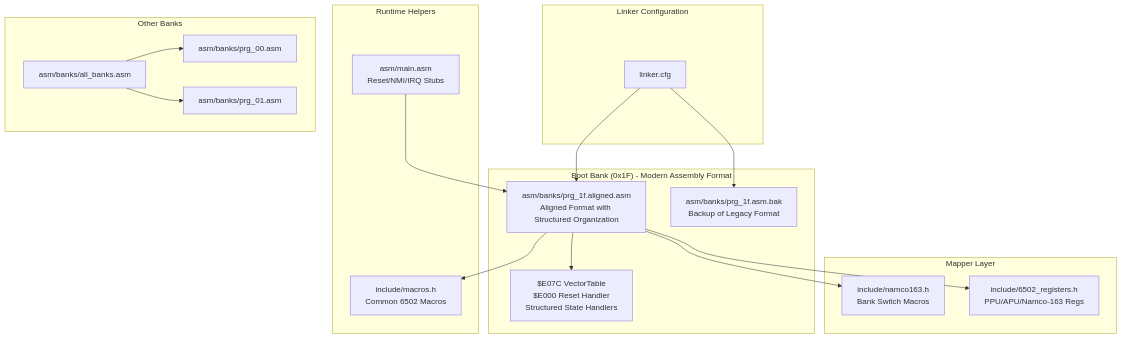
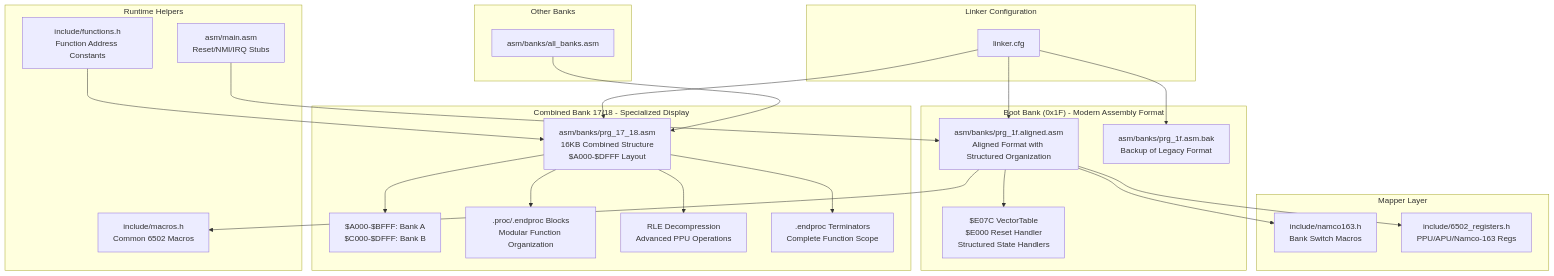
One commit to rabbyzero/sango2dasm changed the first of 10 diagrams in .qoder/repowiki/en/content/Assembly Architecture/Assembly Architecture.md. Above: the diagram before and after it, drawn with Mermaid. The commit also changed other lines of this file and 20 other files, not shown here.

````diff
--- a/.qoder/repowiki/en/content/Assembly Architecture/Assembly Architecture.md
+++ b/.qoder/repowiki/en/content/Assembly Architecture/Assembly Architecture.md
@@ -53,33 +51,44 @@
 ```mermaid
 graph TB
 subgraph "Linker Configuration"
 LCFG["linker.cfg"]
 end
 subgraph "Boot Bank (0x1F) - Modern Assembly Format"
 ALIGNED["asm/banks/prg_1f.aligned.asm<br/>Aligned Format with Structured Organization"]
 BACKUP["asm/banks/prg_1f.asm.bak<br/>Backup of Legacy Format"]
 VTABLE["$E07C VectorTable<br/>$E000 Reset Handler<br/>Structured State Handlers"]
 end
+subgraph "Combined Bank 17/18 - Specialized Display"
+COMBINED["asm/banks/prg_17_18.asm<br/>16KB Combined Structure<br/>$A000-$DFFF Layout"]
+DISPLAY["$A000-$BFFF: Bank A<br/>$C000-$DFFF: Bank B"]
+PROC[".proc/.endproc Blocks<br/>Modular Function Organization"]
+RLE["RLE Decompression<br/>Advanced PPU Operations"]
+ENDPROC[".endproc Terminators<br/>Complete Function Scope"]
+end
 subgraph "Mapper Layer"
 NAMCO["include/namco163.h<br/>Bank Switch Macros"]
 REGS["include/6502_registers.h<br/>PPU/APU/Namco-163 Regs"]
 end
 subgraph "Runtime Helpers"
 MACROS["include/macros.h<br/>Common 6502 Macros"]
 MAIN["asm/main.asm<br/>Reset/NMI/IRQ Stubs"]
+FUNCTIONS["include/functions.h<br/>Function Address Constants"]
 end
 subgraph "Other Banks"
 ALLB["asm/banks/all_banks.asm"]
-B00["asm/banks/prg_00.asm"]
-B01["asm/banks/prg_01.asm"]
 end
 LCFG --> ALIGNED
+LCFG --> COMBINED
 LCFG --> BACKUP
 MAIN --> ALIGNED
 ALIGNED --> VTABLE
 ALIGNED --> NAMCO
 ALIGNED --> REGS
 ALIGNED --> MACROS
-ALLB --> B00
-ALLB --> B01
+COMBINED --> DISPLAY
+COMBINED --> PROC
+COMBINED --> RLE
+COMBINED --> ENDPROC
+FUNCTIONS --> COMBINED
+ALLB --> COMBINED
 ```
````
